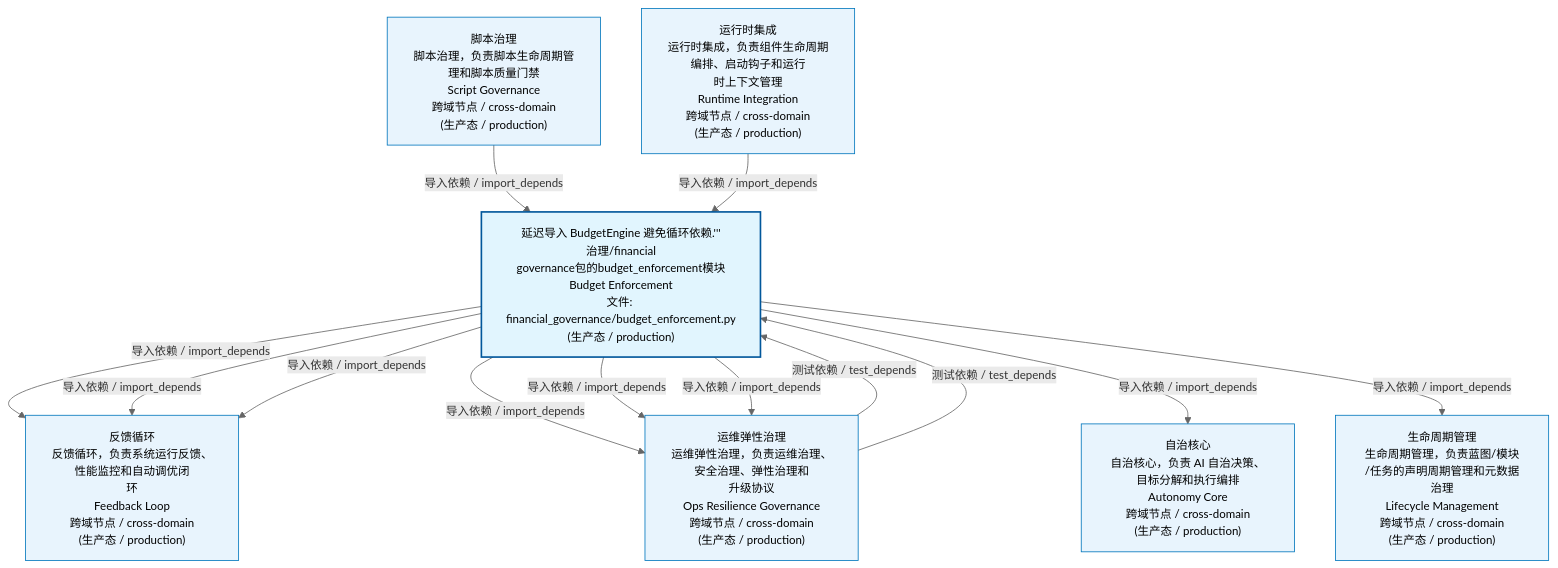
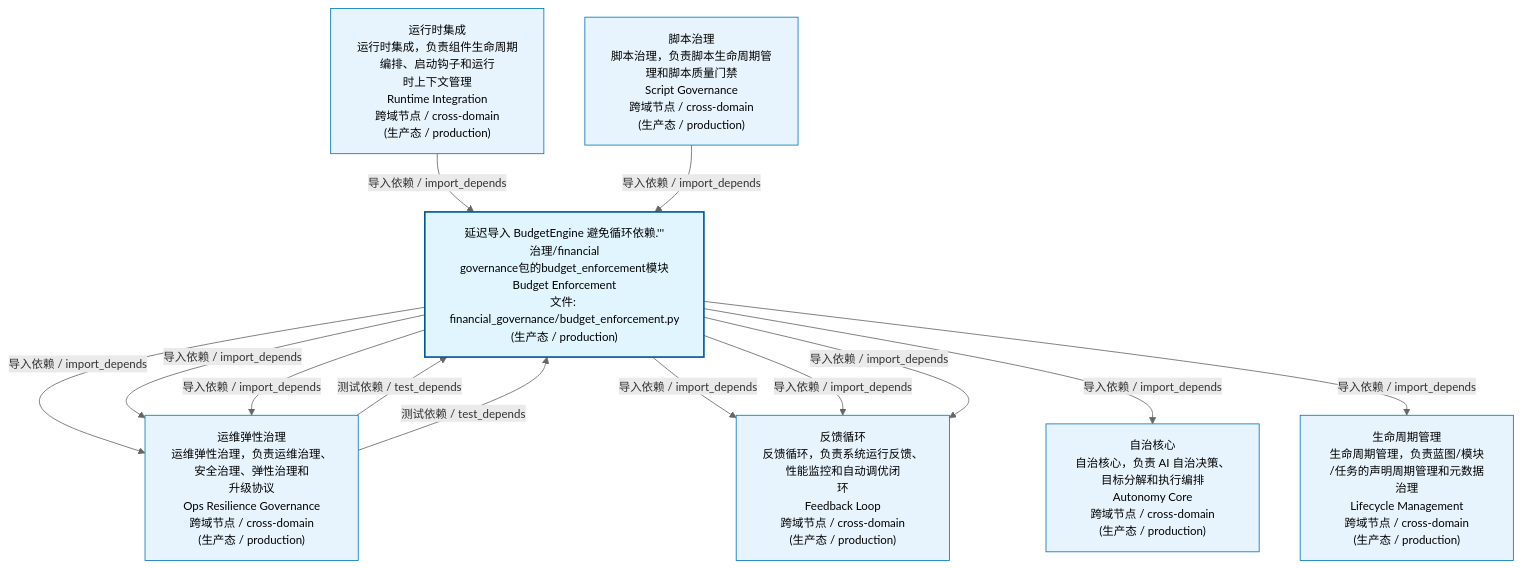
One commit to xuanFelixVan/ZephyrAlpha changed the first of 3 diagrams in docs/02_enterprise_architecture/02_domain_architecture_docs/54_d_gov_repair.md. Above: the diagram before and after it, drawn with Mermaid. The commit also changed 41 other files, not shown here.

````diff
--- a/docs/02_enterprise_architecture/02_domain_architecture_docs/54_d_gov_repair.md
+++ b/docs/02_enterprise_architecture/02_domain_architecture_docs/54_d_gov_repair.md
@@ -53,29 +53,29 @@
 ```mermaid
 %%{init: {'theme': 'base', 'themeVariables': {'primaryColor': '#eaeaea', 'primaryTextColor': '#333333', 'primaryBorderColor': '#666666', 'lineColor': '#666666', 'secondaryColor': '#eaeaea', 'tertiaryColor': '#eaeaea', 'fontSize': '14px'}}}%%
 flowchart TD
     src_zephyr_governance_financial_governance_budget_enforcement_py["延迟导入 BudgetEngine 避免循环依赖.'''<br/>治理/financial<br/>governance包的budget_enforcement模块<br/>Budget Enforcement<br/>文件: financial_governance/budget_enforcement.py<br/>(生产态 / production)"]
+    D_GOV_OPS_RESILIENCE["运维弹性治理<br/>运维弹性治理，负责运维治理、安全治理、弹性治理和<br/>升级协议<br/>Ops Resilience Governance<br/>跨域节点 / cross-domain<br/>(生产态 / production)"]
+    src_zephyr_governance_financial_governance_budget_enforcement_py -->|导入依赖 / import_depends| D_GOV_OPS_RESILIENCE
     D_OPS["反馈循环<br/>反馈循环，负责系统运行反馈、性能监控和自动调优闭<br/>环<br/>Feedback Loop<br/>跨域节点 / cross-domain<br/>(生产态 / production)"]
     src_zephyr_governance_financial_governance_budget_enforcement_py -->|导入依赖 / import_depends| D_OPS
-    D_GOV_OPS_RESILIENCE["运维弹性治理<br/>运维弹性治理，负责运维治理、安全治理、弹性治理和<br/>升级协议<br/>Ops Resilience Governance<br/>跨域节点 / cross-domain<br/>(生产态 / production)"]
     src_zephyr_governance_financial_governance_budget_enforcement_py -->|导入依赖 / import_depends| D_GOV_OPS_RESILIENCE
     src_zephyr_governance_financial_governance_budget_enforcement_py -->|导入依赖 / import_depends| D_GOV_OPS_RESILIENCE
     src_zephyr_governance_financial_governance_budget_enforcement_py -->|导入依赖 / import_depends| D_OPS
-    src_zephyr_governance_financial_governance_budget_enforcement_py -->|导入依赖 / import_depends| D_GOV_OPS_RESILIENCE
     src_zephyr_governance_financial_governance_budget_enforcement_py -->|导入依赖 / import_depends| D_OPS
     D_AUTONOMY_CORE["自治核心<br/>自治核心，负责 AI 自治决策、目标分解和执行编排<br/>Autonomy Core<br/>跨域节点 / cross-domain<br/>(生产态 / production)"]
     src_zephyr_governance_financial_governance_budget_enforcement_py -->|导入依赖 / import_depends| D_AUTONOMY_CORE
     D_GOVERNANCE["生命周期管理<br/>生命周期管理，负责蓝图/模块<br/>/任务的声明周期管理和元数据治理<br/>Lifecycle Management<br/>跨域节点 / cross-domain<br/>(生产态 / production)"]
     src_zephyr_governance_financial_governance_budget_enforcement_py -->|导入依赖 / import_depends| D_GOVERNANCE
-    D_GOV_SCRIPTS["脚本治理<br/>脚本治理，负责脚本生命周期管理和脚本质量门禁<br/>Script Governance<br/>跨域节点 / cross-domain<br/>(生产态 / production)"]
-    D_GOV_SCRIPTS -->|导入依赖 / import_depends| src_zephyr_governance_financial_governance_budget_enforcement_py
     D_GOV_OPS_RESILIENCE -->|测试依赖 / test_depends| src_zephyr_governance_financial_governance_budget_enforcement_py
     D_INFRA_RUNTIME["运行时集成<br/>运行时集成，负责组件生命周期编排、启动钩子和运行<br/>时上下文管理<br/>Runtime Integration<br/>跨域节点 / cross-domain<br/>(生产态 / production)"]
     D_INFRA_RUNTIME -->|导入依赖 / import_depends| src_zephyr_governance_financial_governance_budget_enforcement_py
+    D_GOV_SCRIPTS["脚本治理<br/>脚本治理，负责脚本生命周期管理和脚本质量门禁<br/>Script Governance<br/>跨域节点 / cross-domain<br/>(生产态 / production)"]
+    D_GOV_SCRIPTS -->|导入依赖 / import_depends| src_zephyr_governance_financial_governance_budget_enforcement_py
     D_GOV_OPS_RESILIENCE -->|测试依赖 / test_depends| src_zephyr_governance_financial_governance_budget_enforcement_py
     classDef production fill:#e1f5fe,stroke:#01579b,stroke-width:2px,color:#000
     classDef design fill:#fff3e0,stroke:#e65100,stroke-width:2px,color:#000,stroke-dasharray: 5 5
     classDef external_prod fill:#e8f4fd,stroke:#0277bd,stroke-width:1px,color:#000
     classDef external_design fill:#fff8e7,stroke:#ef6c00,stroke-width:1px,color:#000,stroke-dasharray: 5 5
     class src_zephyr_governance_financial_governance_budget_enforcement_py production
-    class D_OPS,D_GOV_OPS_RESILIENCE,D_AUTONOMY_CORE,D_GOVERNANCE,D_GOV_SCRIPTS,D_INFRA_RUNTIME external_prod
+    class D_GOV_OPS_RESILIENCE,D_OPS,D_AUTONOMY_CORE,D_GOVERNANCE,D_INFRA_RUNTIME,D_GOV_SCRIPTS external_prod
 ```
````
